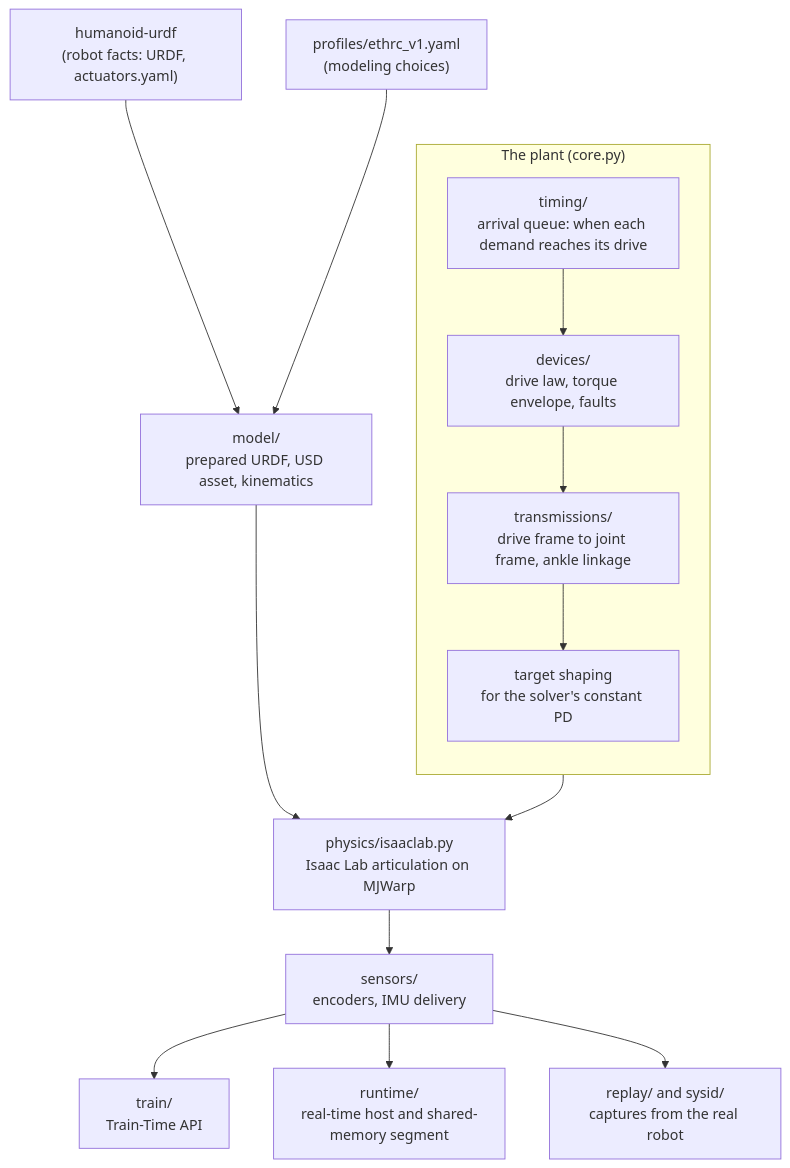
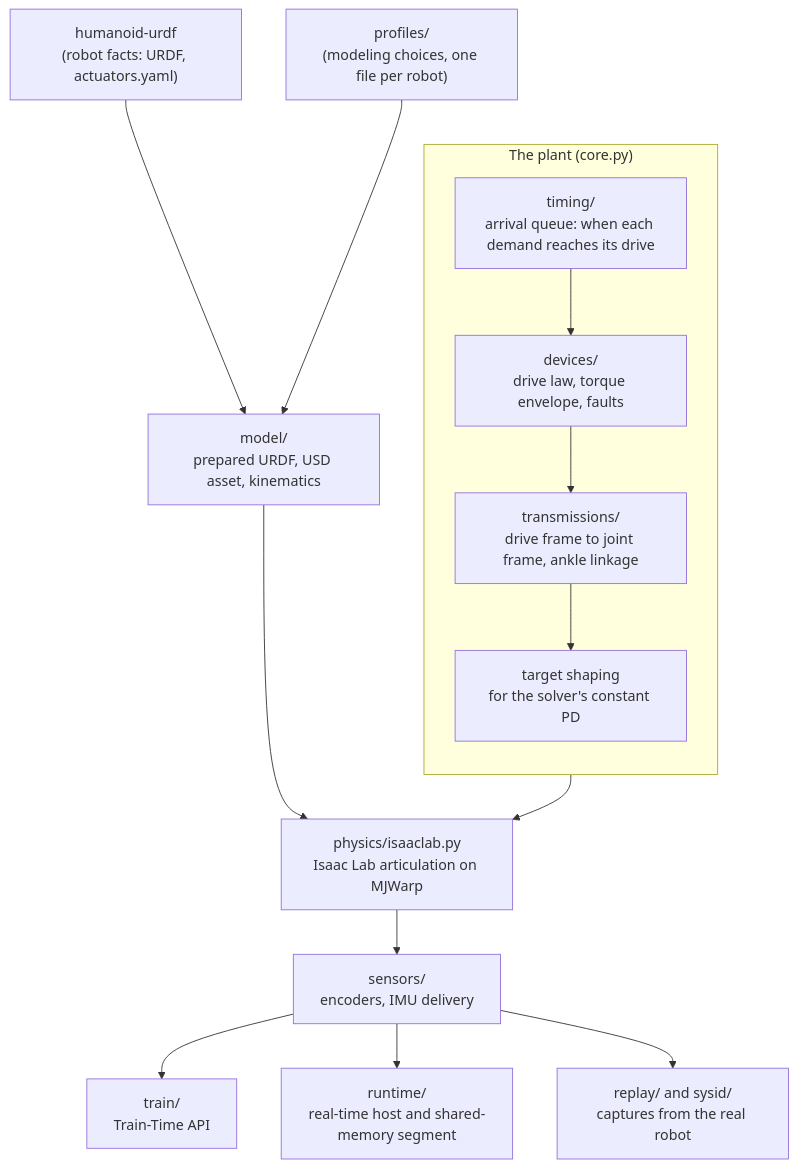
One commit to ETHRoboticsClub/humanoid-sim changed the second of 2 diagrams in docs/overview.md. Above: the diagram before and after it, drawn with Mermaid. The commit also changed other lines of this file and 4 other files, not shown here.

````diff
--- a/docs/overview.md
+++ b/docs/overview.md
@@ -45,17 +45,17 @@
 ```mermaid
 flowchart TB
     urdf["humanoid-urdf<br/>(robot facts: URDF, actuators.yaml)"] --> model["model/<br/>prepared URDF, USD asset, kinematics"]
-    profile["profiles/ethrc_v1.yaml<br/>(modeling choices)"] --> model
+    profile["profiles/<br/>(modeling choices, one file per robot)"] --> model
     model --> phys["physics/isaaclab.py<br/>Isaac Lab articulation on MJWarp"]
     subgraph plant["The plant (core.py)"]
         direction TB
         arrive["timing/<br/>arrival queue: when each demand reaches its drive"] --> bank["devices/<br/>drive law, torque envelope, faults"]
         bank --> trans["transmissions/<br/>drive frame to joint frame, ankle linkage"]
         trans --> shape["target shaping<br/>for the solver's constant PD"]
     end
     shape --> phys
     phys --> sensors["sensors/<br/>encoders, IMU delivery"]
     sensors --> train["train/<br/>Train-Time API"]
     sensors --> runtime["runtime/<br/>real-time host and shared-memory segment"]
     sensors --> replay["replay/ and sysid/<br/>captures from the real robot"]
 ```
````
